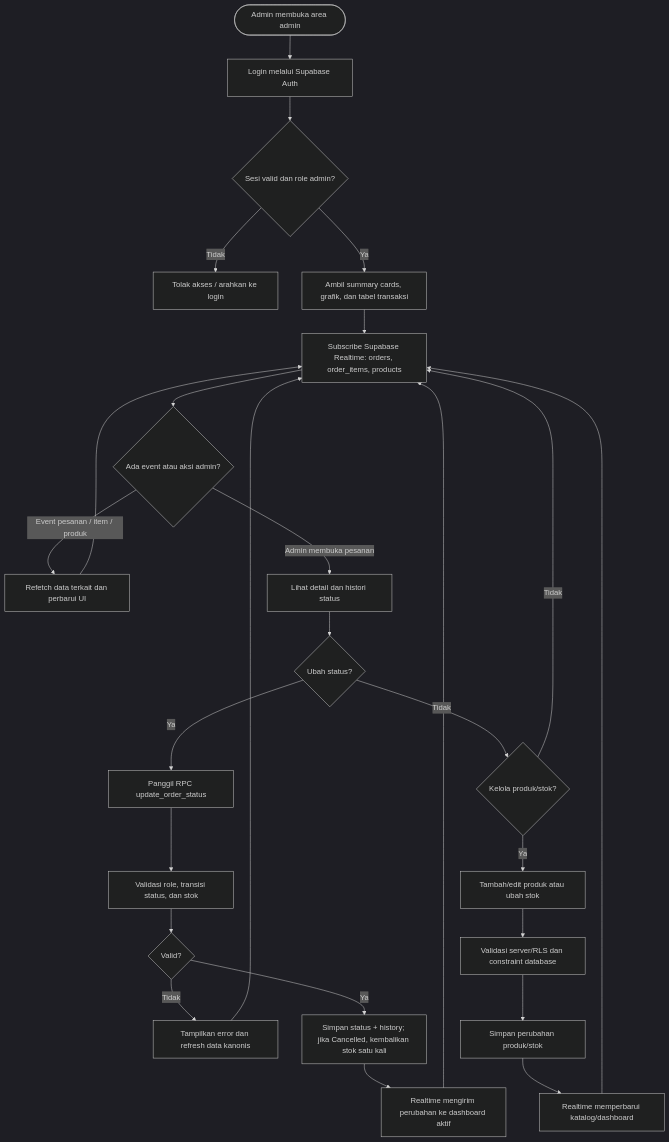
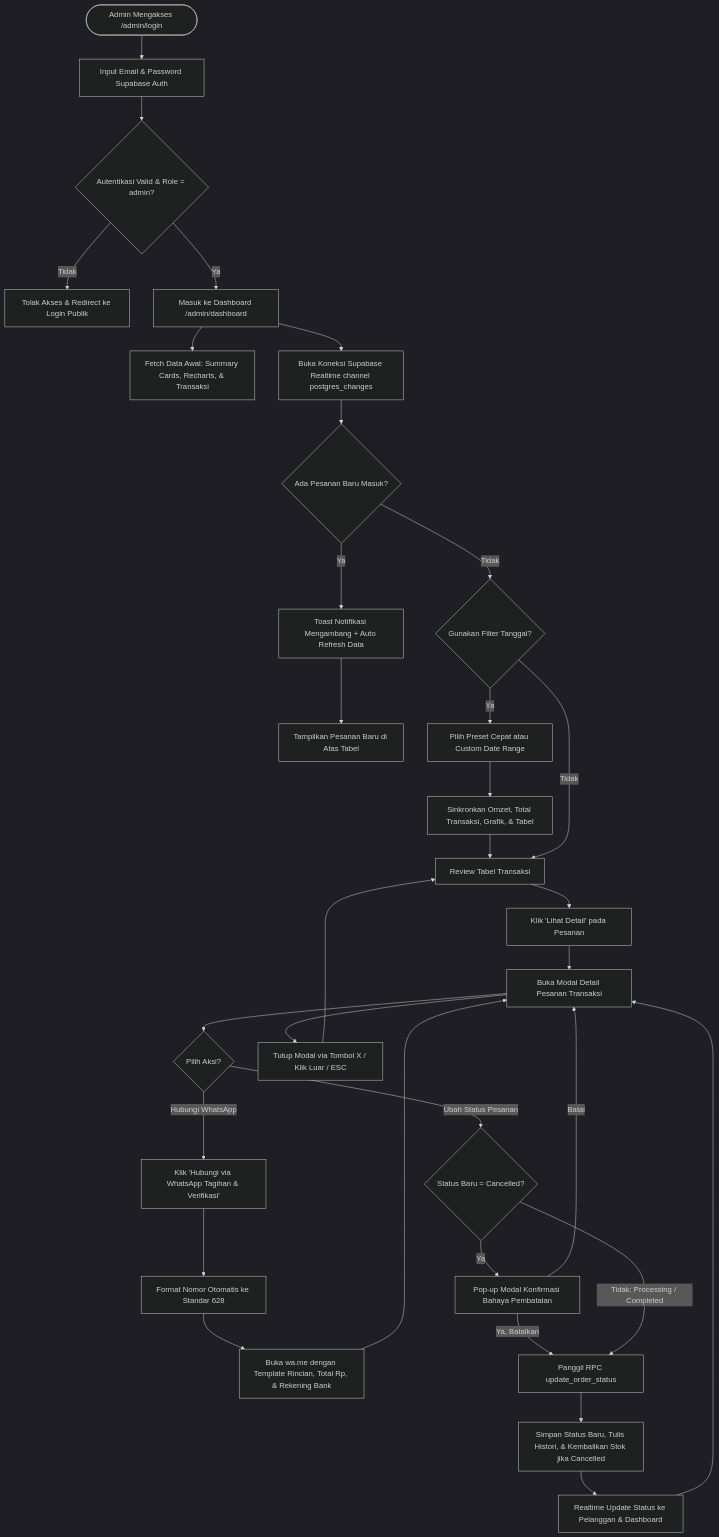
The third of 4 diagrams in docs/ERD_AND_FLOWCHART.md (ulhaqjackyhaw/mini_ecommerce), drawn with Mermaid (dark theme) before and after one commit. The commit also changed other lines of this file and 1 other file, not shown here.

Commit message:
docs: update and perfect PRD and ERD & Flowchart to reflect complete AmaraStore architecture

````diff
--- a/docs/ERD_AND_FLOWCHART.md
+++ b/docs/ERD_AND_FLOWCHART.md
@@ -130,28 +165,34 @@
 ```mermaid
 flowchart TD
-    A([Admin membuka area admin]) --> B[Login melalui Supabase Auth]
-    B --> C{Sesi valid dan role admin?}
-    C -- Tidak --> D[Tolak akses / arahkan ke login]
-    C -- Ya --> E[Ambil summary cards, grafik, dan tabel transaksi]
-    E --> F[Subscribe Supabase Realtime: orders, order_items, products]
-    F --> G{Ada event atau aksi admin?}
-    G -- Event pesanan / item / produk --> H[Refetch data terkait dan perbarui UI]
-    H --> F
-    G -- Admin membuka pesanan --> I[Lihat detail dan histori status]
-    I --> J{Ubah status?}
-    J -- Ya --> K[Panggil RPC update_order_status]
-    K --> L[Validasi role, transisi status, dan stok]
-    L --> M{Valid?}
-    M -- Tidak --> N[Tampilkan error dan refresh data kanonis]
-    N --> F
-    M -- Ya --> O[Simpan status + history; jika Cancelled, kembalikan stok satu kali]
-    O --> P[Realtime mengirim perubahan ke dashboard aktif]
-    P --> F
-    J -- Tidak --> Q{Kelola produk/stok?}
-    Q -- Ya --> R[Tambah/edit produk atau ubah stok]
-    R --> S[Validasi server/RLS dan constraint database]
-    S --> T[Simpan perubahan produk/stok]
-    T --> U[Realtime memperbarui katalog/dashboard]
-    U --> F
-    Q -- Tidak --> F
+    A([Admin Mengakses /admin/login]) --> B[Input Email & Password Supabase Auth]
+    B --> C{Autentikasi Valid & Role = admin?}
+    C -- Tidak --> D[Tolak Akses & Redirect ke Login Publik]
+    C -- Ya --> E[Masuk ke Dashboard /admin/dashboard]
+    E --> F[Fetch Data Awal: Summary Cards, Recharts, & Transaksi]
+    E --> G[Buka Koneksi Supabase Realtime channel postgres_changes]
+    G --> H{Ada Pesanan Baru Masuk?}
+    H -- Ya --> I[Toast Notifikasi Mengambang + Auto Refresh Data]
+    I --> J[Tampilkan Pesanan Baru di Atas Tabel]
+    H -- Tidak --> K{Gunakan Filter Tanggal?}
+    K -- Ya --> L[Pilih Preset Cepat atau Custom Date Range]
+    L --> M[Sinkronkan Omzet, Total Transaksi, Grafik, & Tabel]
+    M --> N[Review Tabel Transaksi]
+    K -- Tidak --> N
+    N --> O[Klik 'Lihat Detail' pada Pesanan]
+    O --> P[Buka Modal Detail Pesanan Transaksi]
+    P --> Q{Pilih Aksi?}
+    Q -- Hubungi WhatsApp --> R[Klik 'Hubungi via WhatsApp Tagihan & Verifikasi']
+    R --> S[Format Nomor Otomatis ke Standar 628]
+    S --> T[Buka wa.me dengan Template Rincian, Total Rp, & Rekening Bank]
+    T --> P
+    Q -- Ubah Status Pesanan --> U{Status Baru = Cancelled?}
+    U -- Ya --> V[Pop-up Modal Konfirmasi Bahaya Pembatalan]
+    V -- Batal --> P
+    V -- Ya, Batalkan --> W[Panggil RPC update_order_status]
+    U -- Tidak: Processing / Completed --> W
+    W --> X[Simpan Status Baru, Tulis Histori, & Kembalikan Stok jika Cancelled]
+    X --> Y[Realtime Update Status ke Pelanggan & Dashboard]
+    Y --> P
+    P --> Z[Tutup Modal via Tombol X / Klik Luar / ESC]
+    Z --> N
 ```
````
